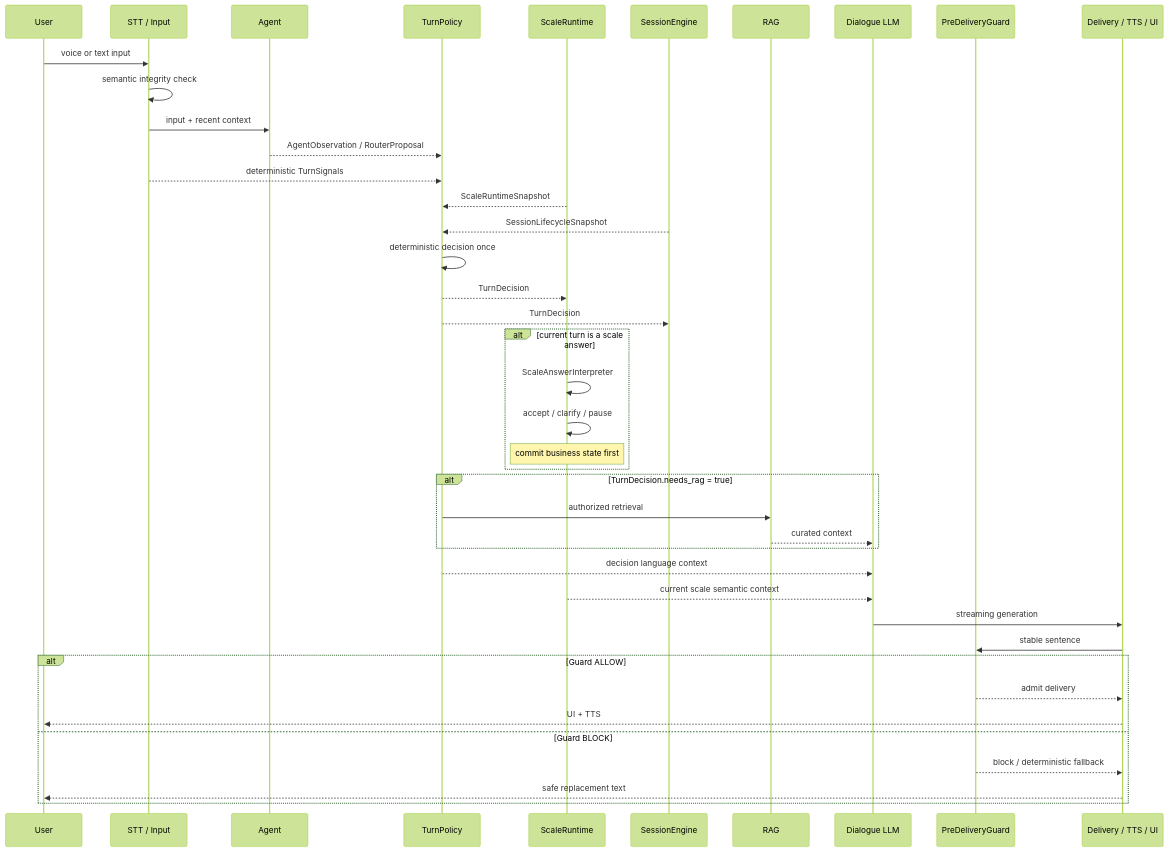
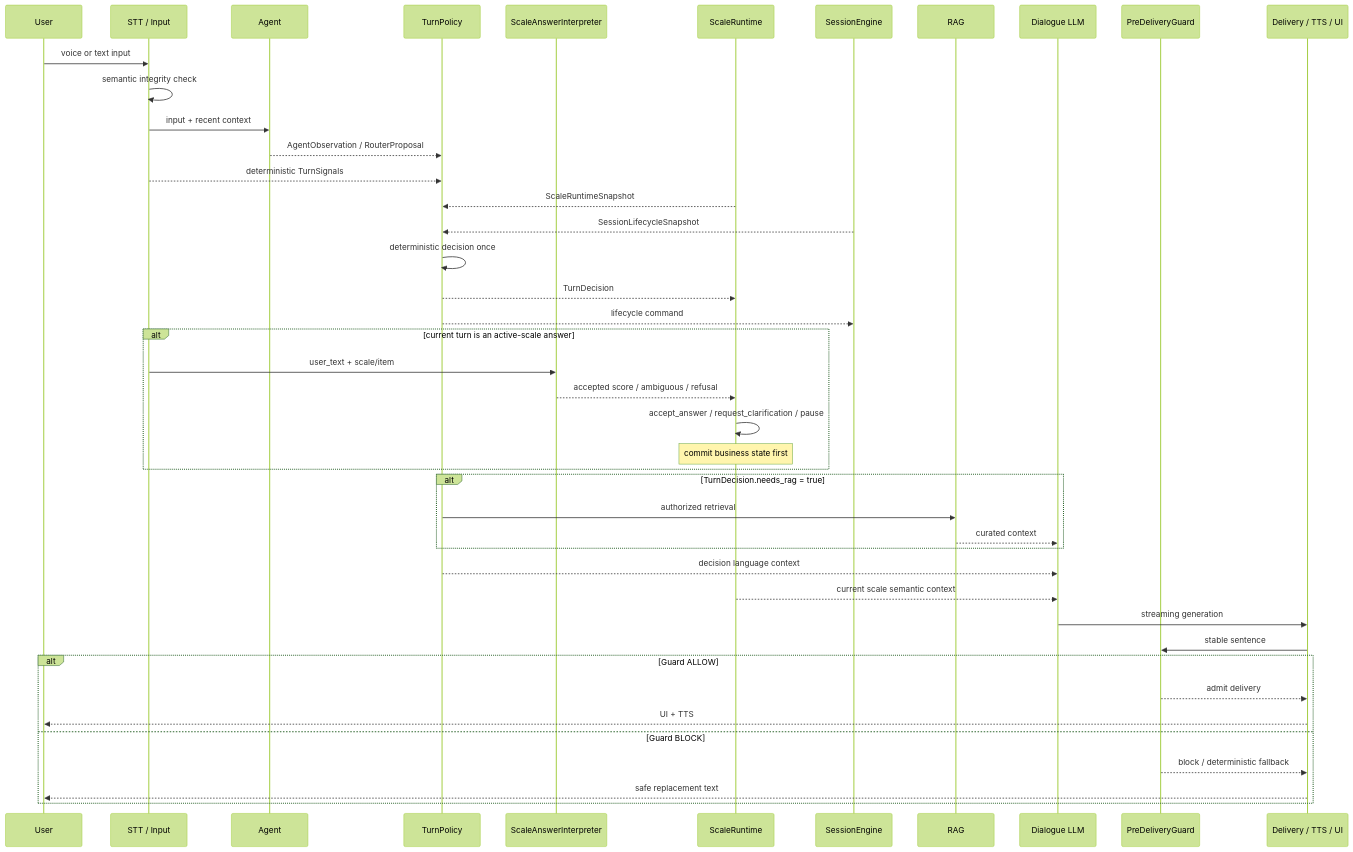
Before and after one commit to jersery66/voicechat3: the seventh of 10 diagrams in README.md, drawn with Mermaid (forest theme). The commit also changed other lines of this file, not shown here.

Commit message:
docs: clarify scale and lifecycle boundaries

````diff
--- a/README.md
+++ b/README.md
@@ -1214,43 +1224,45 @@
 ```mermaid
 sequenceDiagram
     participant U as User
     participant STT as STT / Input
     participant A as Agent
     participant P as TurnPolicy
+    participant I as ScaleAnswerInterpreter
     participant S as ScaleRuntime
     participant E as SessionEngine
     participant R as RAG
     participant L as Dialogue LLM
     participant G as PreDeliveryGuard
     participant D as Delivery / TTS / UI
     U->>STT: voice or text input
     STT->>STT: semantic integrity check
     STT->>A: input + recent context
     A-->>P: AgentObservation / RouterProposal
     STT-->>P: deterministic TurnSignals
     S-->>P: ScaleRuntimeSnapshot
     E-->>P: SessionLifecycleSnapshot
     P->>P: deterministic decision once
     P-->>S: TurnDecision
-    P-->>E: TurnDecision
-    alt current turn is a scale answer
-        S->>S: ScaleAnswerInterpreter
-        S->>S: accept / clarify / pause
+    P-->>E: lifecycle command
+    alt current turn is an active-scale answer
+        STT->>I: user_text + scale/item
+        I-->>S: accepted score / ambiguous / refusal
+        S->>S: accept_answer / request_clarification / pause
         Note over S: commit business state first
     end
     alt TurnDecision.needs_rag = true
         P->>R: authorized retrieval
         R-->>L: curated context
     end
     P-->>L: decision language context
     S-->>L: current scale semantic context
     L->>D: streaming generation
     D->>G: stable sentence
     alt Guard ALLOW
         G-->>D: admit delivery
         D-->>U: UI + TTS
     else Guard BLOCK
         G-->>D: block / deterministic fallback
         D-->>U: safe replacement text
     end
 ```
````
